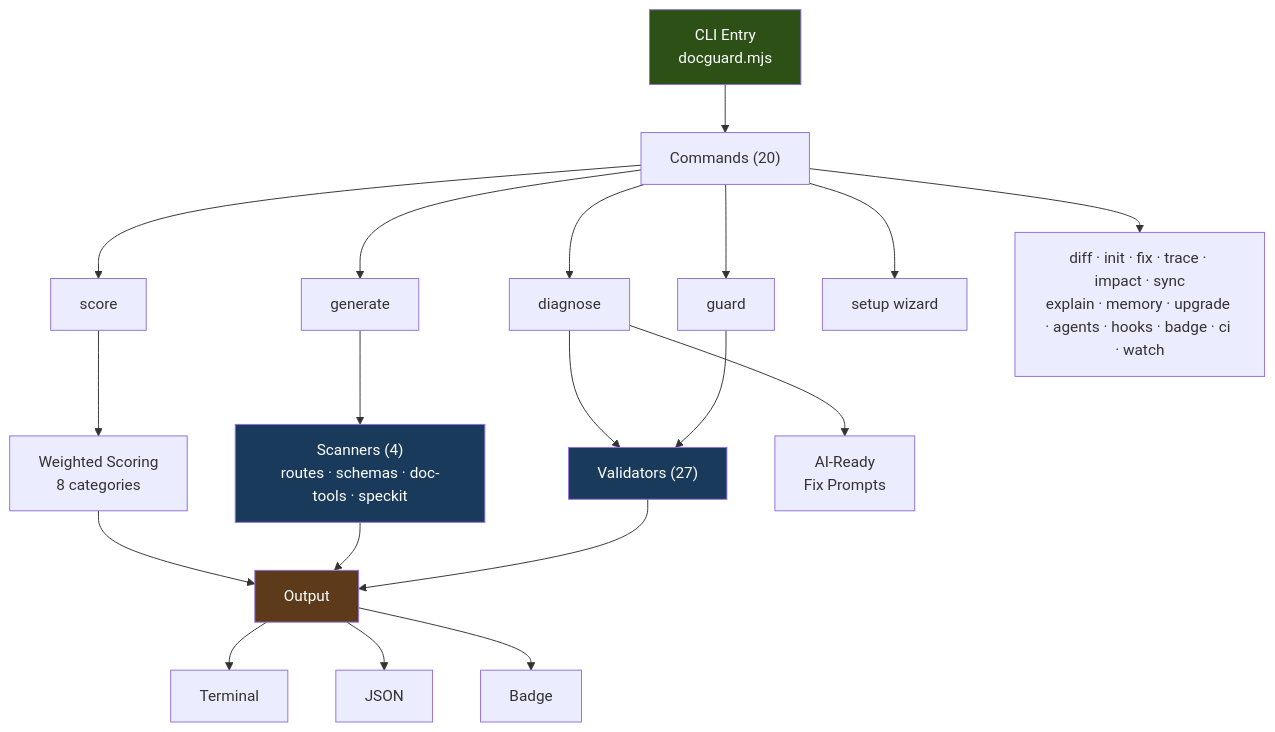
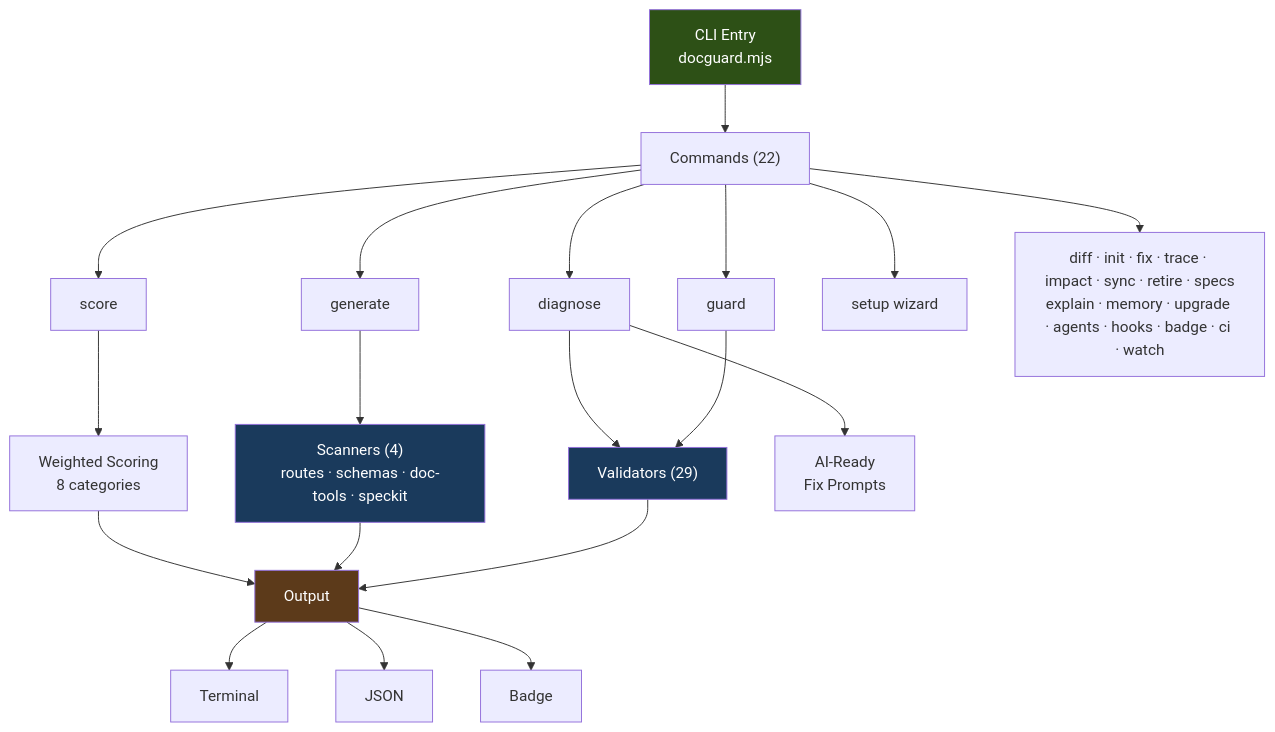
One commit to raccioly/docguard changed the diagram in README.md. Above: the diagram before and after it, drawn with Mermaid. The commit also changed other lines of this file and 89 other files, not shown here.

````diff
--- a/README.md
+++ b/README.md
@@ -70,28 +70,28 @@
 ```mermaid
 graph TD
-    CLI["CLI Entry<br/>docguard.mjs"] --> Commands["Commands (20)"]
+    CLI["CLI Entry<br/>docguard.mjs"] --> Commands["Commands (22)"]
     Commands --> guard["guard"]
     Commands --> generate["generate"]
     Commands --> score["score"]
     Commands --> diagnose["diagnose"]
     Commands --> setup["setup wizard"]
-    Commands --> other["diff · init · fix · trace · impact · sync<br/>explain · memory · upgrade · agents · hooks · badge · ci · watch"]
+    Commands --> other["diff · init · fix · trace · impact · sync · retire · specs<br/>explain · memory · upgrade · agents · hooks · badge · ci · watch"]
 
-    guard --> Validators["Validators (27)"]
+    guard --> Validators["Validators (29)"]
     generate --> Scanners["Scanners (4)<br/>routes · schemas · doc-tools · speckit"]
     score --> Scoring["Weighted Scoring<br/>8 categories"]
     diagnose --> Validators
     diagnose --> AIPrompts["AI-Ready<br/>Fix Prompts"]
 
     Validators --> Output["Output"]
     Scanners --> Output
     Scoring --> Output
     Output --> Terminal["Terminal"]
     Output --> JSON["JSON"]
     Output --> Badge["Badge"]
 
     style CLI fill:#2d5016,color:#fff
     style Validators fill:#1a3a5c,color:#fff
     style Scanners fill:#1a3a5c,color:#fff
     style Output fill:#5c3a1a,color:#fff
 ```
````
